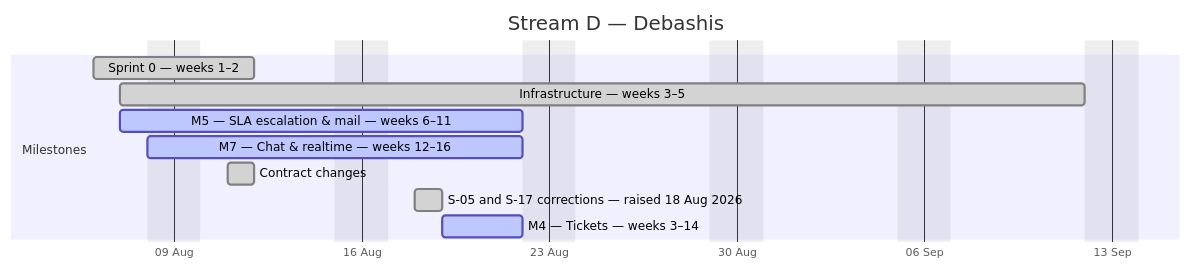
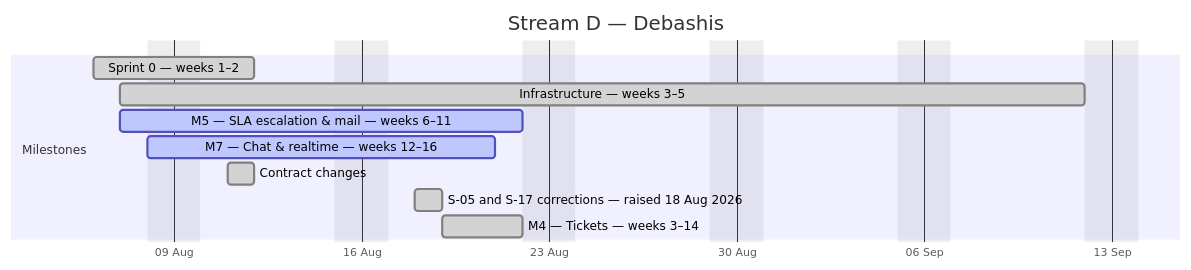
Before and after one commit to debashisedunext/EduTrack: the fourth of 4 diagrams in docs/plan/GANTT.md, drawn with Mermaid. The commit also changed other lines of this file and 3 other files, not shown here.

````diff
--- a/docs/plan/GANTT.md
+++ b/docs/plan/GANTT.md
@@ -130,15 +130,15 @@
 ```mermaid
 gantt
     dateFormat YYYY-MM-DD
     axisFormat %d %b
     title Stream D — Debashis
     excludes weekends
     section Milestones
     Sprint 0 — weeks 1–2 :done, d0, 2026-08-06, 4d
     Infrastructure — weeks 3–5 :done, d1, 2026-08-07, 26d
     M5 — SLA  escalation & mail — weeks 6–11 :active, d2, 2026-08-07, 11d
-    M7 — Chat & realtime — weeks 12–16 :active, d3, 2026-08-08, 11d
+    M7 — Chat & realtime — weeks 12–16 :active, d3, 2026-08-08, 10d
     Contract changes :done, d4, 2026-08-11, 1d
     S-05 and S-17 corrections — raised 18 Aug 2026 :done, d5, 2026-08-18, 1d
-    M4 — Tickets — weeks 3–14 :active, d6, 2026-08-19, 3d
+    M4 — Tickets — weeks 3–14 :done, d6, 2026-08-19, 3d
 ```
````
